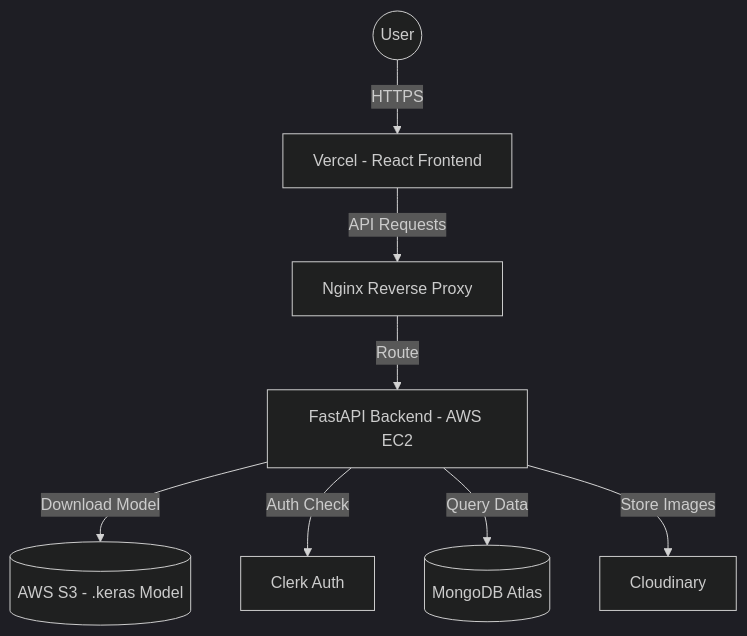
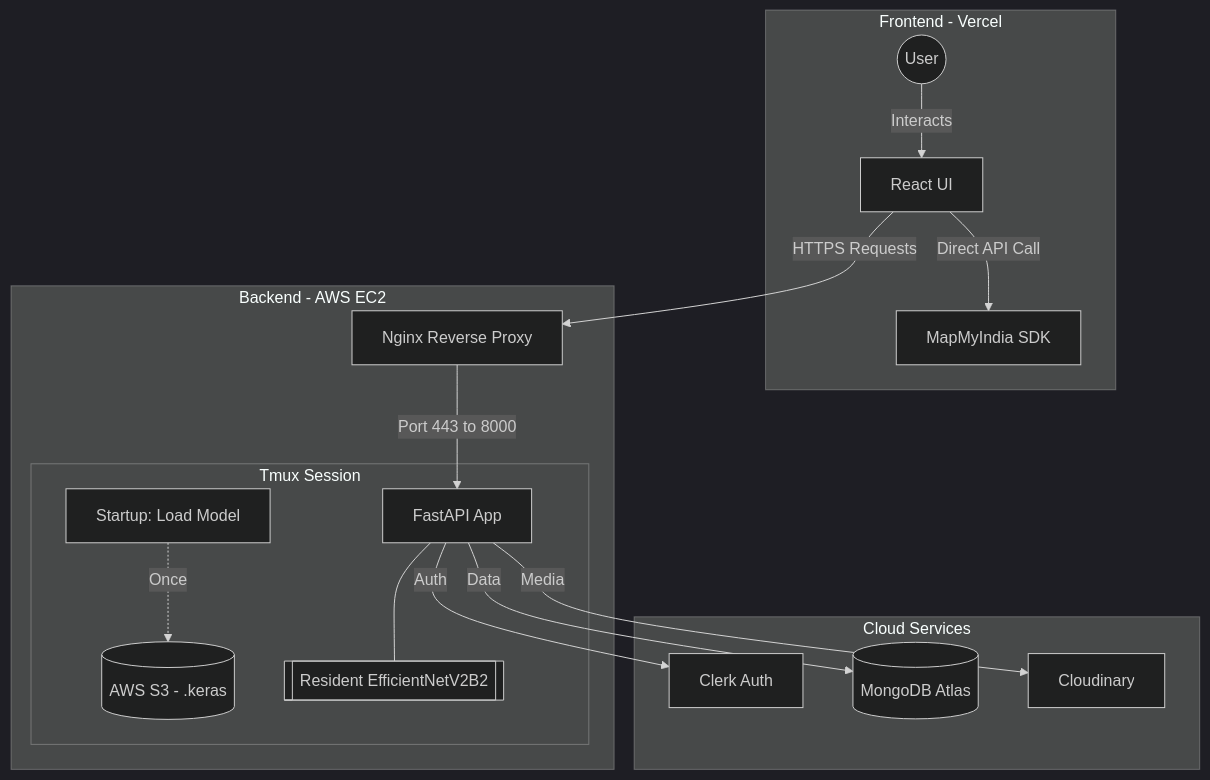
The diagram in README.md (Devashish-Mishra-2003/Pawdentify), drawn with Mermaid (dark theme) before and after one commit. The commit also changed other lines of this file, not shown here.

````diff
--- a/README.md
+++ b/README.md
@@ -22,10 +21,25 @@
 ```mermaid
 graph TD
-    User((User)) -->|HTTPS| Vercel[Vercel - React Frontend]
-    Vercel -->|API Requests| Nginx[Nginx Reverse Proxy]
-    Nginx -->|Route| FastAPI[FastAPI Backend - AWS EC2]
-    FastAPI -->|Download Model| S3[(AWS S3 - .keras Model)]
-    FastAPI -->|Auth Check| Clerk[Clerk Auth]
-    FastAPI -->|Query Data| MongoDB[(MongoDB Atlas)]
-    FastAPI -->|Store Images| Cloudinary[Cloudinary]
+    subgraph Client_Side [Frontend - Vercel]
+        User((User)) -->|Interacts| UI[React UI]
+        UI -->|Direct API Call| Maps[MapMyIndia SDK]
+    end
+
+    subgraph Server_Side [Backend - AWS EC2]
+        Nginx[Nginx Reverse Proxy] -->|Port 443 to 8000| FastAPI[FastAPI App]
+        
+        subgraph Persistent_Process [Tmux Session]
+            FastAPI
+            Init[Startup: Load Model] -.->|Once| S3[(AWS S3 - .keras)]
+            FastAPI --- LoadedModel[[Resident EfficientNetV2B2]]
+        end
+    end
+
+    subgraph External_Services [Cloud Services]
+        FastAPI -->|Auth| Clerk[Clerk Auth]
+        FastAPI -->|Data| Mongo[(MongoDB Atlas)]
+        FastAPI -->|Media| Cloudinary[Cloudinary]
+    end
+
+    UI -->|HTTPS Requests| Nginx
 ```
````
